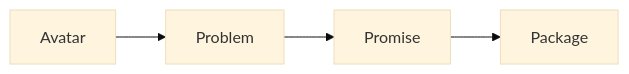
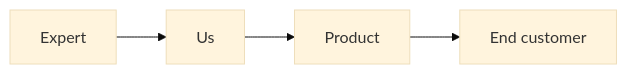
The fifth of 27 diagrams in README.md (redrhino-online/red-canon), drawn with Mermaid (base theme) before and after one commit. The commit also changed other lines of this file, not shown here.

````diff
--- a/README.md
+++ b/README.md
@@ -93,6 +82,4 @@
 ```mermaid
 flowchart LR
-    A[Avatar] --> B[Problem]
-    B --> C[Promise]
-    C --> D[Package]
+    A[Expert] --> B[Us] --> C[Product] --> D[End customer]
 ```
````
